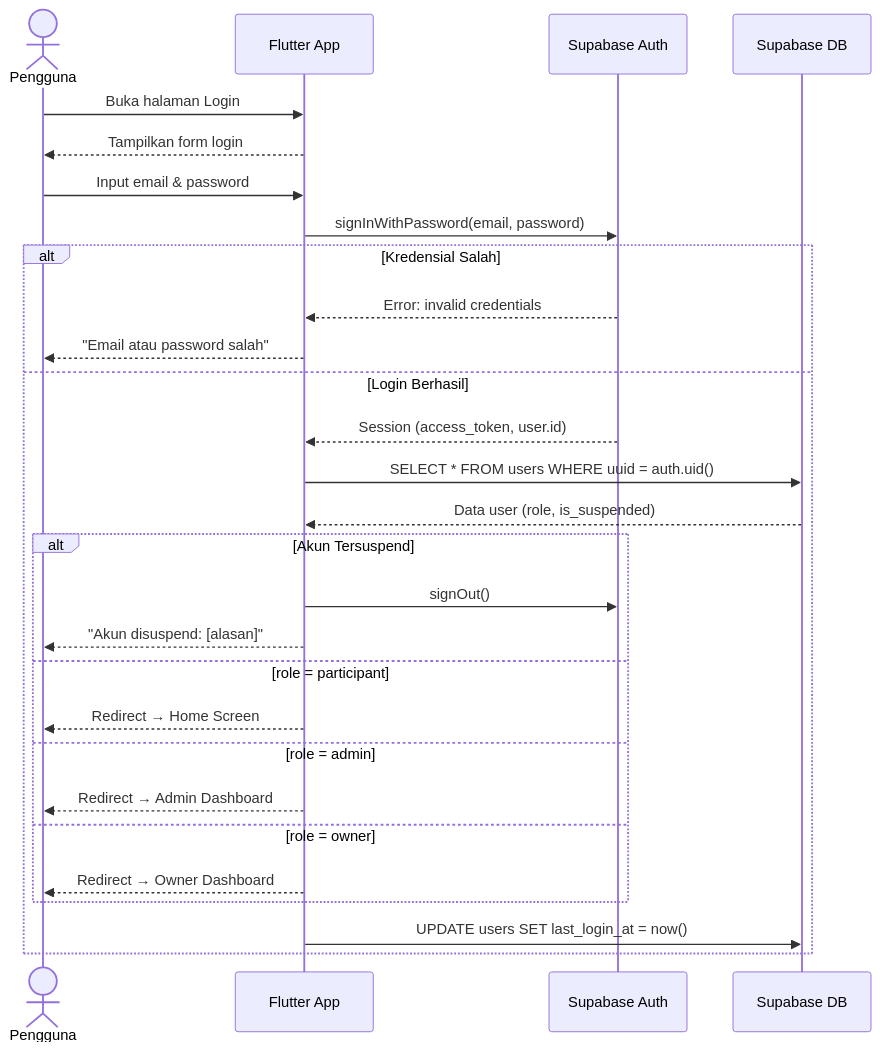
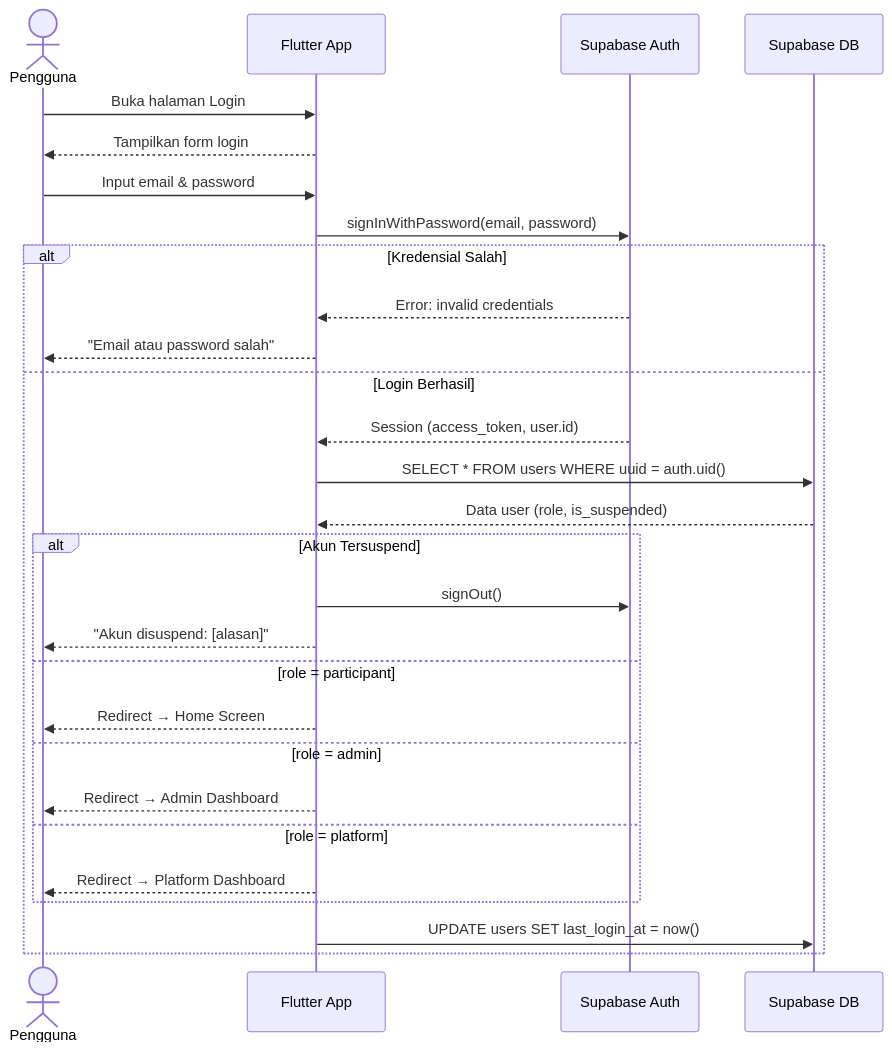
Before and after one commit to yosima050/booyahhub: diagram 25 of 43 in DOKUMENTASI.md, drawn with Mermaid. The commit also changed other lines of this file, not shown here.

Commit message:
docs: rename Platform Owner role to Platform and refactor Mermaid flowcharts in documentation

````diff
--- a/DOKUMENTASI.md
+++ b/DOKUMENTASI.md
@@ -944,35 +1099,35 @@
 ```mermaid
 sequenceDiagram
     actor Pengguna
     participant App as Flutter App
     participant SupaAuth as Supabase Auth
     participant DB as Supabase DB
 
     Pengguna->>App: Buka halaman Login
     App-->>Pengguna: Tampilkan form login
 
     Pengguna->>App: Input email & password
     App->>SupaAuth: signInWithPassword(email, password)
 
     alt Kredensial Salah
         SupaAuth-->>App: Error: invalid credentials
         App-->>Pengguna: "Email atau password salah"
     else Login Berhasil
         SupaAuth-->>App: Session (access_token, user.id)
         App->>DB: SELECT * FROM users WHERE uuid = auth.uid()
         DB-->>App: Data user (role, is_suspended)
 
         alt Akun Tersuspend
             App->>SupaAuth: signOut()
             App-->>Pengguna: "Akun disuspend: [alasan]"
         else role = participant
             App-->>Pengguna: Redirect → Home Screen
         else role = admin
             App-->>Pengguna: Redirect → Admin Dashboard
-        else role = owner
-            App-->>Pengguna: Redirect → Owner Dashboard
+        else role = platform
+            App-->>Pengguna: Redirect → Platform Dashboard
         end
 
         App->>DB: UPDATE users SET last_login_at = now()
     end
 ```
````
